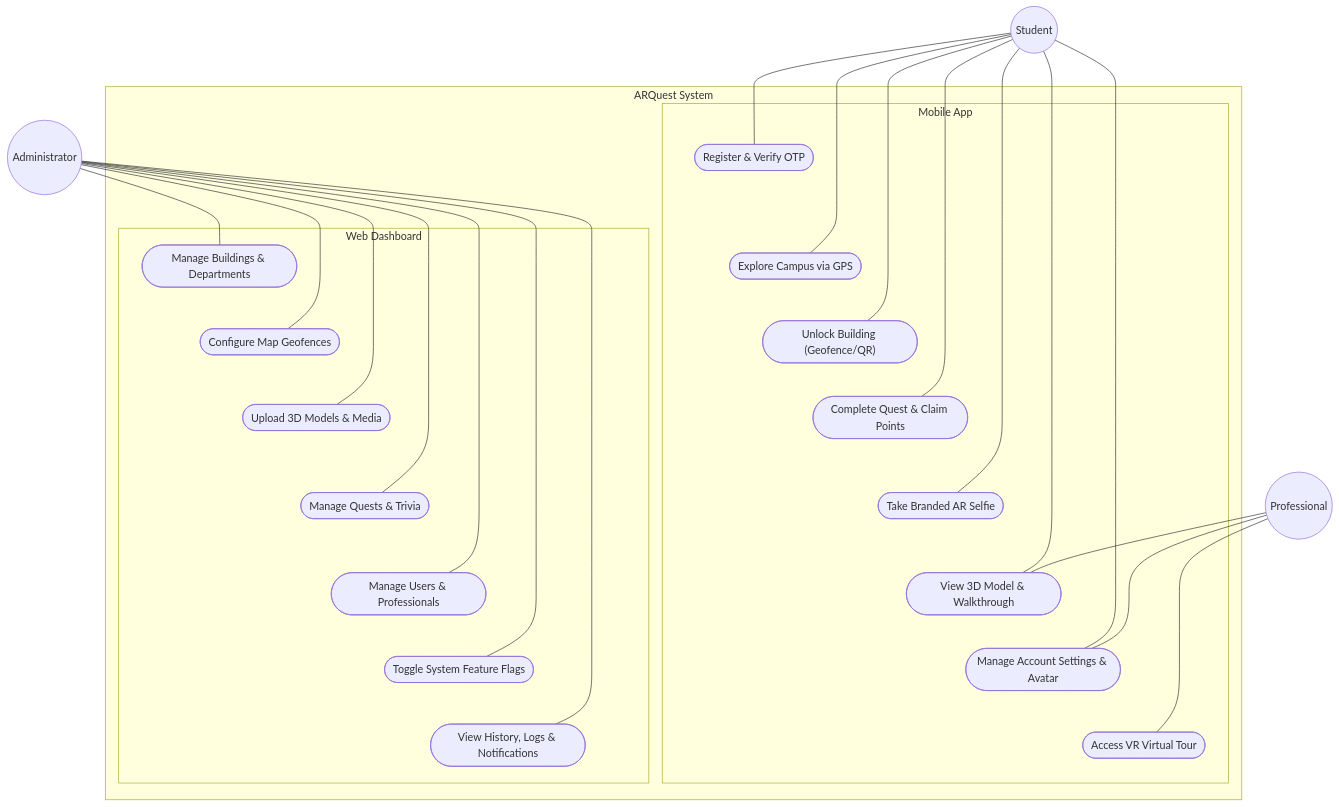
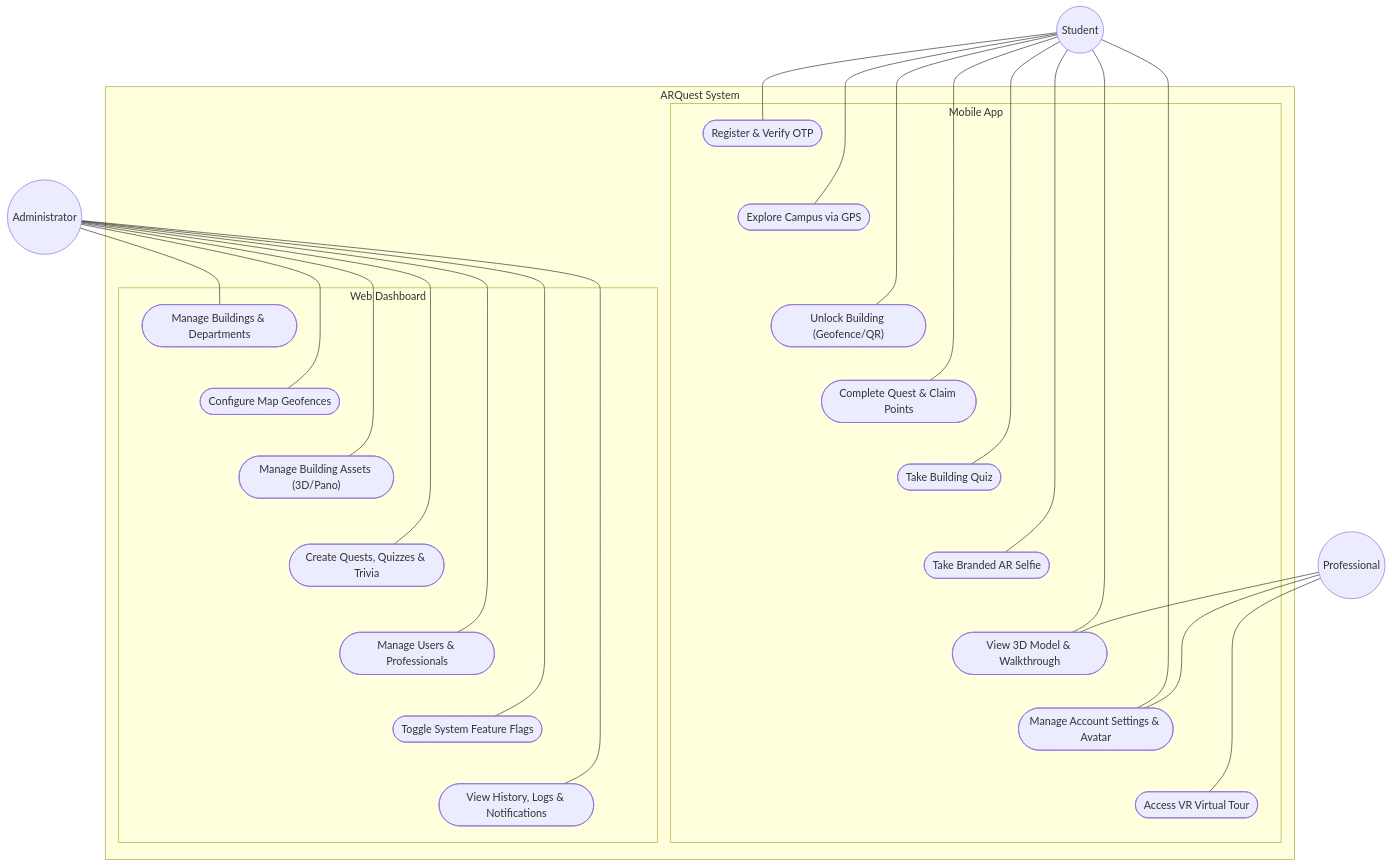
The diagram in use-case.md (Cipher-Syntax/ARQuest), drawn with Mermaid before and after one commit. The commit also changed 6 other files, not shown here.

Commit message:
docs: finalize architecture and conceptual docs after refactoring

````diff
--- a/use-case.md
+++ b/use-case.md
@@ -9,61 +9,63 @@
 ```mermaid
 flowchart TB
     %% Actors
     Student(("Student"))
     Professional(("Professional"))
     Admin(("Administrator"))
 
     %% System Boundary
     subgraph System ["ARQuest System"]
         
         subgraph App ["Mobile App"]
             UC1(["Register & Verify OTP"])
             UC2(["Explore Campus via GPS"])
             UC3(["Unlock Building (Geofence/QR)"])
             UC5(["Complete Quest & Claim Points"])
+            UC5B(["Take Building Quiz"])
             UC6(["Take Branded AR Selfie"])
             UC4(["View 3D Model & Walkthrough"])
             UC14(["Manage Account Settings & Avatar"])
             UC7(["Access VR Virtual Tour"])
             
             %% Force vertical list to prevent horizontal spread
-            UC1 ~~~ UC2 ~~~ UC3 ~~~ UC5 ~~~ UC6 ~~~ UC4 ~~~ UC14 ~~~ UC7
+            UC1 ~~~ UC2 ~~~ UC3 ~~~ UC5 ~~~ UC5B ~~~ UC6 ~~~ UC4 ~~~ UC14 ~~~ UC7
         end
 
         subgraph Web ["Web Dashboard"]
             UC8(["Manage Buildings & Departments"])
             UC9(["Configure Map Geofences"])
-            UC10(["Upload 3D Models & Media"])
-            UC11(["Manage Quests & Trivia"])
+            UC10(["Manage Building Assets (3D/Pano)"])
+            UC11(["Create Quests, Quizzes & Trivia"])
             UC12(["Manage Users & Professionals"])
             UC13(["Toggle System Feature Flags"])
             UC15(["View History, Logs & Notifications"])
             
             %% Force vertical list to prevent horizontal spread
             UC8 ~~~ UC9 ~~~ UC10 ~~~ UC11 ~~~ UC12 ~~~ UC13 ~~~ UC15
         end
     end
 
     %% Student Connections (Top)
     Student --- UC1
     Student --- UC2
     Student --- UC3
+    Student --- UC4
     Student --- UC5
+    Student --- UC5B
     Student --- UC6
-    Student --- UC4
     Student --- UC14
 
     %% Professional Connections (Middle)
     Professional --- UC4
     Professional --- UC14
     Professional --- UC7
 
     %% Admin Connections (Right)
     Admin --- UC8
     Admin --- UC9
     Admin --- UC10
     Admin --- UC11
     Admin --- UC12
     Admin --- UC13
     Admin --- UC15
 ```
````
